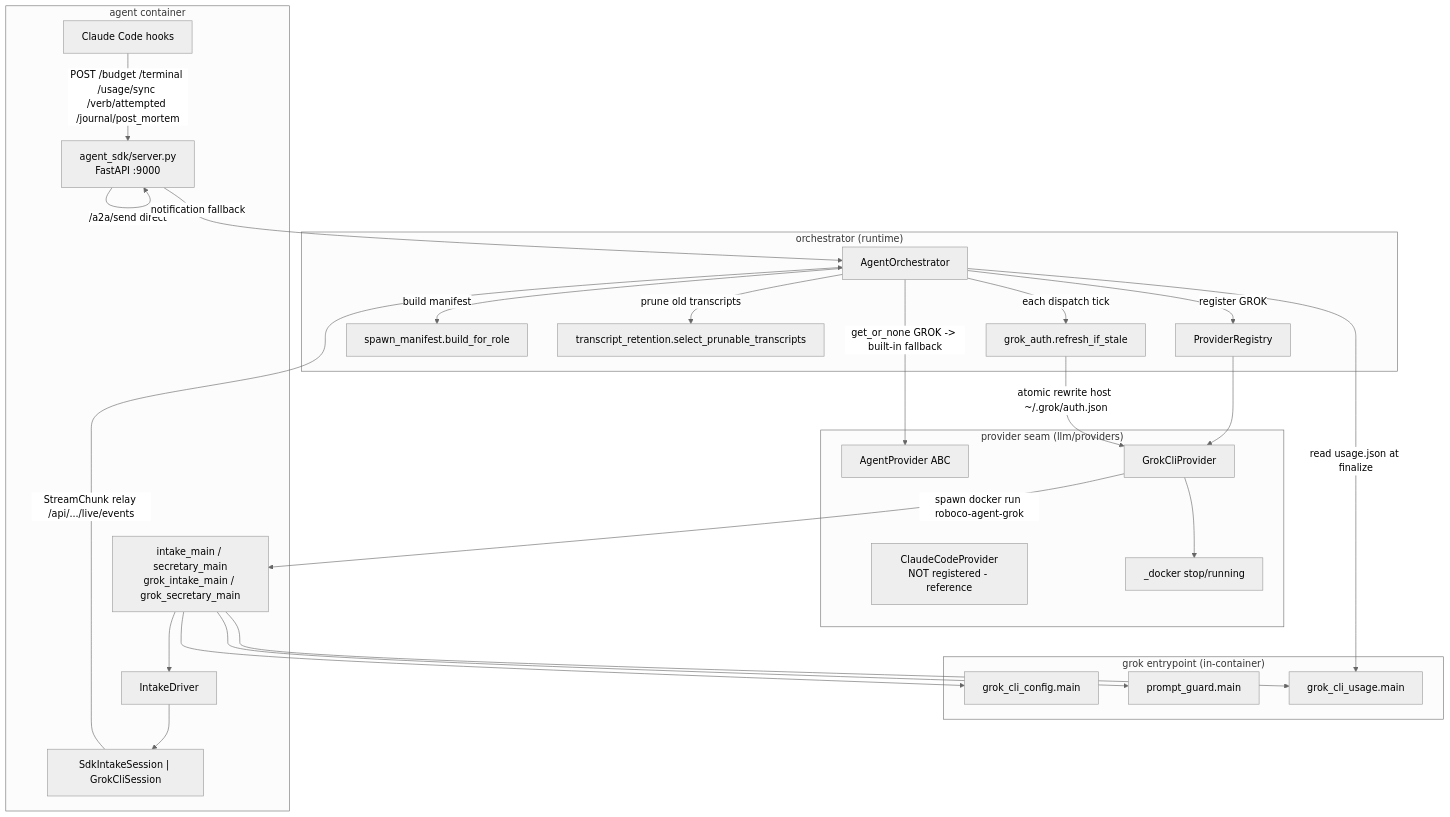
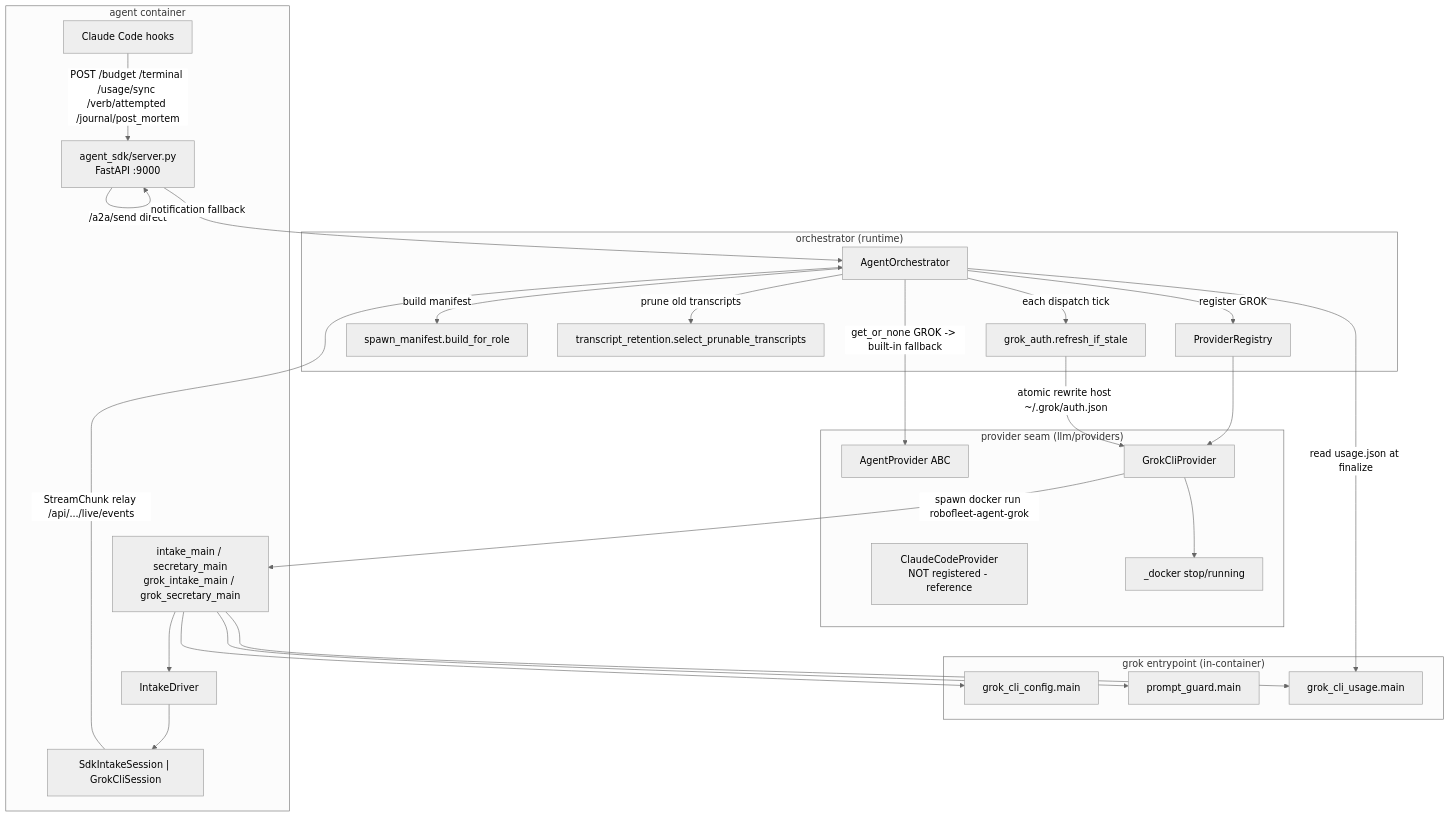
The first of 2 diagrams in docs/map/runtime-providers.md (rennf93/robo-fleet), drawn with Mermaid (neutral theme) before and after one commit. The commit also changed other lines of this file and 169 other files, not shown here.

````diff
--- a/docs/map/runtime-providers.md
+++ b/docs/map/runtime-providers.md
@@ -200,51 +200,51 @@
 ```mermaid
 graph TD
     subgraph "orchestrator (runtime)"
         ORC[AgentOrchestrator]
         REG[ProviderRegistry]
         SM[spawn_manifest.build_for_role]
         RR[transcript_retention.select_prunable_transcripts]
         GA[grok_auth.refresh_if_stale]
     end
 
     subgraph "provider seam (llm/providers)"
         ABC[AgentProvider ABC]
         CCP[ClaudeCodeProvider<br/>NOT registered - reference]
         GKP[GrokCliProvider]
         DOCKER[_docker stop/running]
     end
 
     subgraph "grok entrypoint (in-container)"
         CFG[grok_cli_config.main]
         PG[prompt_guard.main]
         USG[grok_cli_usage.main]
     end
 
     subgraph "agent container"
         SDK[agent_sdk/server.py<br/>FastAPI :9000]
         HOOKS[Claude Code hooks]
         ENTRY[intake_main / secretary_main<br/>grok_intake_main / grok_secretary_main]
         DRV[IntakeDriver]
         SESS["SdkIntakeSession | GrokCliSession"]
     end
 
     ORC -->|register GROK| REG
     ORC -->|get_or_none GROK -> built-in fallback| ABC
     REG --> GKP
-    GKP -->|spawn docker run roboco-agent-grok| ENTRY
+    GKP -->|spawn docker run robofleet-agent-grok| ENTRY
     GKP --> DOCKER
     ORC -->|build manifest| SM
     ORC -->|each dispatch tick| GA
     GA -->|atomic rewrite host ~/.grok/auth.json| GKP
     ENTRY --> CFG
     ENTRY --> PG
     ENTRY --> USG
     ENTRY --> DRV
     DRV --> SESS
     HOOKS -->|POST /budget /terminal /usage/sync /verb/attempted /journal/post_mortem| SDK
     SDK -->|/a2a/send direct| SDK
     SDK -->|notification fallback| ORC
     SESS -->|StreamChunk relay /api/.../live/events| ORC
     ORC -->|read usage.json at finalize| USG
     ORC -->|prune old transcripts| RR
 ```
````
